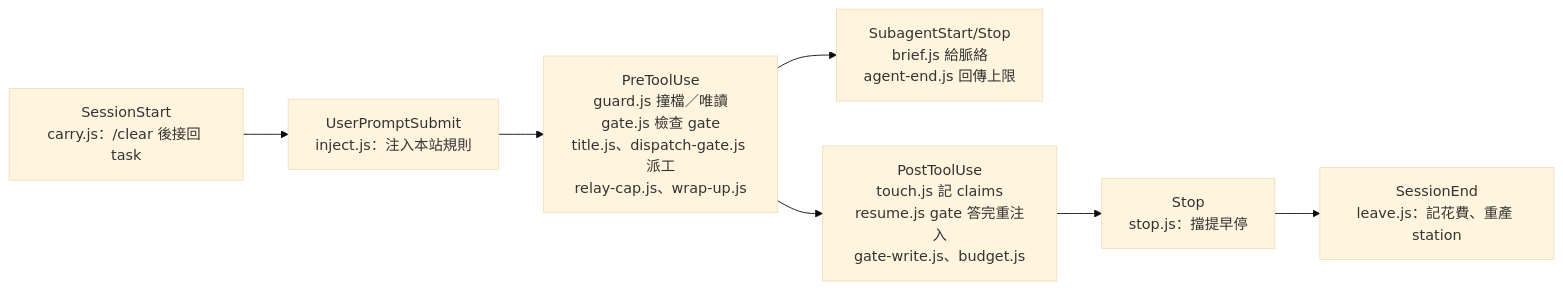
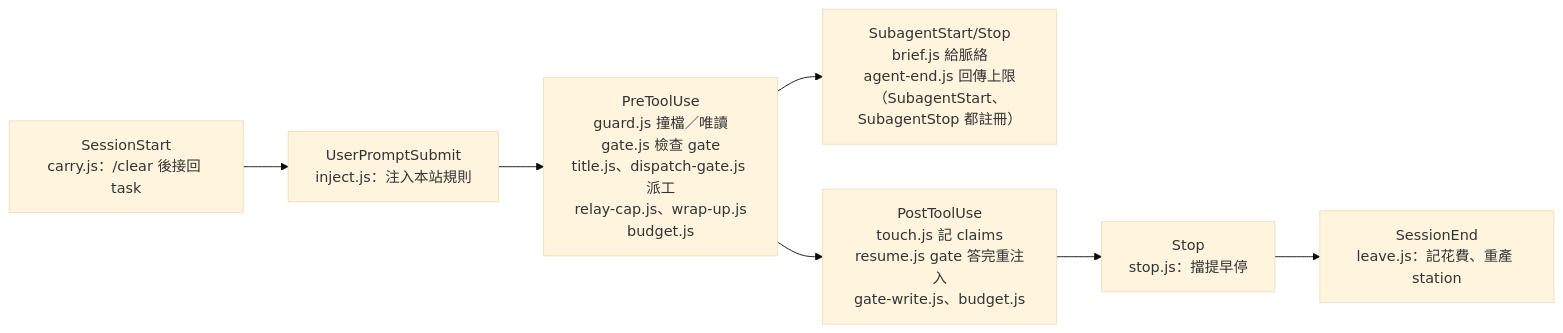
One commit to FanFantom9452/FanKeel changed the second of 10 diagrams in docs/02-architecture/pipeline.md. Above: the diagram before and after it, drawn with Mermaid (base theme). The commit also changed 1 other file, not shown here.

Commit message:
fix: hooks timeline lists budget.js and both agent-end events, nav test drops the tour pin
- docs/02-architecture/pipeline.md: PreToolUse node lists budget.js; agent-end.js is registered on SubagentStart and SubagentStop
- tests/station-nav.test.js: the pinned nav entries are 設定 only now that the tour page is gone

````diff
--- a/docs/02-architecture/pipeline.md
+++ b/docs/02-architecture/pipeline.md
@@ -364,9 +364,9 @@
 ```mermaid
 flowchart LR
   SS["SessionStart<br/>carry.js：/clear 後接回 task"] --> UP["UserPromptSubmit<br/>inject.js：注入本站規則"]
-  UP --> PRE["PreToolUse<br/>guard.js 撞檔／唯讀<br/>gate.js 檢查 gate<br/>title.js、dispatch-gate.js 派工<br/>relay-cap.js、wrap-up.js"]
-  PRE --> SUB["SubagentStart/Stop<br/>brief.js 給脈絡<br/>agent-end.js 回傳上限"]
+  UP --> PRE["PreToolUse<br/>guard.js 撞檔／唯讀<br/>gate.js 檢查 gate<br/>title.js、dispatch-gate.js 派工<br/>relay-cap.js、wrap-up.js<br/>budget.js"]
+  PRE --> SUB["SubagentStart/Stop<br/>brief.js 給脈絡<br/>agent-end.js 回傳上限（SubagentStart、SubagentStop 都註冊）"]
   PRE --> POST["PostToolUse<br/>touch.js 記 claims<br/>resume.js gate 答完重注入<br/>gate-write.js、budget.js"]
   POST --> ST["Stop<br/>stop.js：擋提早停"]
   ST --> SE["SessionEnd<br/>leave.js：記花費、重產 station"]
 ```
````
